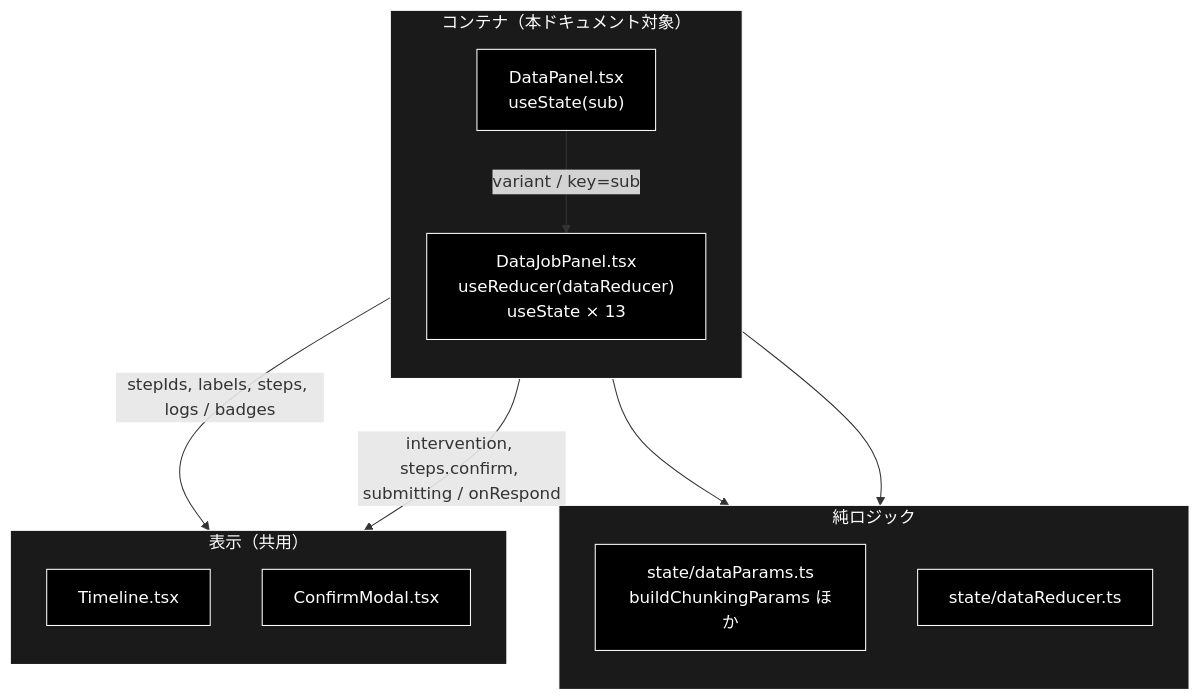
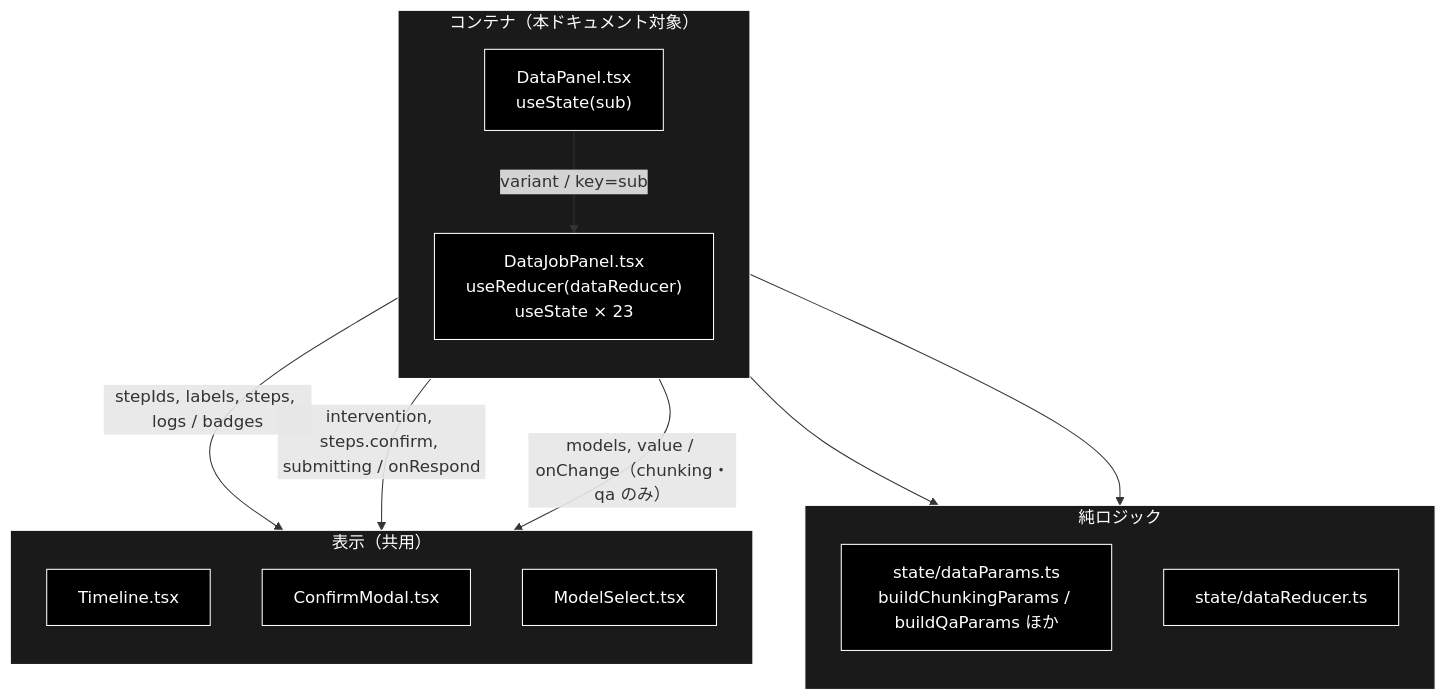
The first of 4 diagrams in frontend/docs/DataJobPanel.md (nakashima2toshio/grace_v2_local), drawn with Mermaid before and after one commit. The commit also changed other lines of this file and 22 other files, not shown here.

````diff
--- a/frontend/docs/DataJobPanel.md
+++ b/frontend/docs/DataJobPanel.md
@@ -71,29 +79,31 @@
 ```mermaid
 flowchart TB
     subgraph Container["コンテナ（本ドキュメント対象）"]
         direction TB
         DP["DataPanel.tsx<br>useState(sub)"]
-        DJ["DataJobPanel.tsx<br>useReducer(dataReducer)<br>useState × 13"]
+        DJ["DataJobPanel.tsx<br>useReducer(dataReducer)<br>useState × 23"]
     end
     subgraph Logic["純ロジック"]
         direction TB
-        PARAMS["state/dataParams.ts<br>buildChunkingParams ほか"]
+        PARAMS["state/dataParams.ts<br>buildChunkingParams / buildQaParams ほか"]
         RED["state/dataReducer.ts"]
     end
     subgraph Presentational["表示（共用）"]
         direction TB
         TL["Timeline.tsx"]
         CM["ConfirmModal.tsx"]
+        MS["ModelSelect.tsx"]
     end
     DP -->|"variant / key=sub"| DJ
     DJ --> PARAMS
     DJ --> RED
     DJ -->|"stepIds, labels, steps, logs / badges"| TL
     DJ -->|"intervention, steps.confirm, submitting / onRespond"| CM
+    DJ -->|"models, value / onChange（chunking・qa のみ）"| MS
 classDef default fill:#000,stroke:#fff,color:#fff
 classDef subgraphStyle fill:#1a1a1a,stroke:#fff,color:#fff
-class DP,DJ,PARAMS,RED,TL,CM default
+class DP,DJ,PARAMS,RED,TL,CM,MS default
 style Container fill:#1a1a1a,stroke:#fff,color:#fff
 style Logic fill:#1a1a1a,stroke:#fff,color:#fff
 style Presentational fill:#1a1a1a,stroke:#fff,color:#fff
 ```
````
